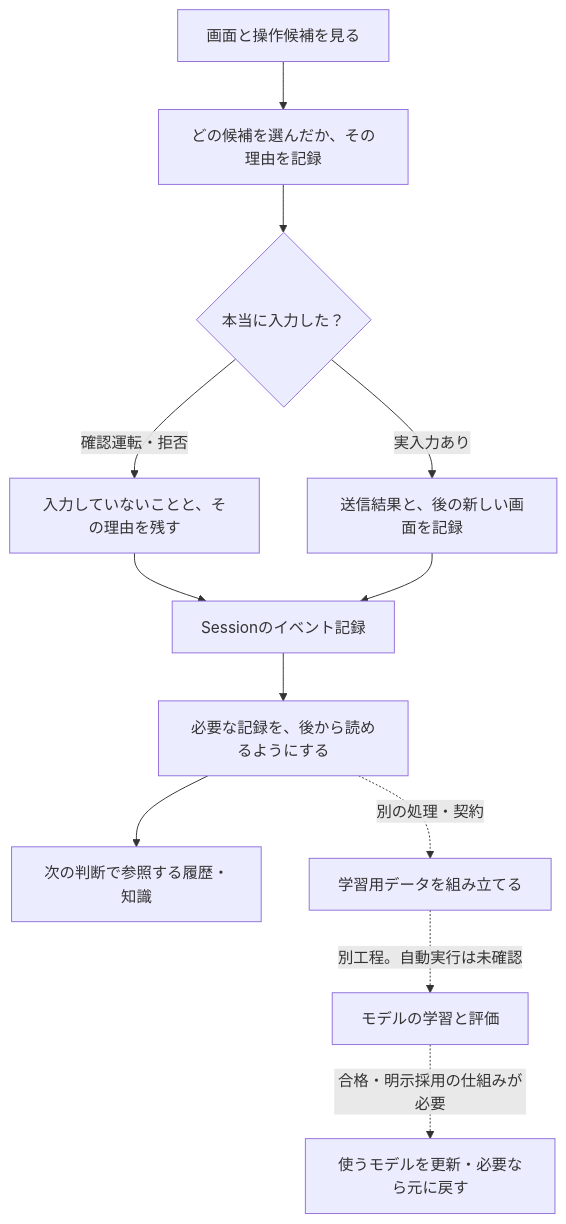
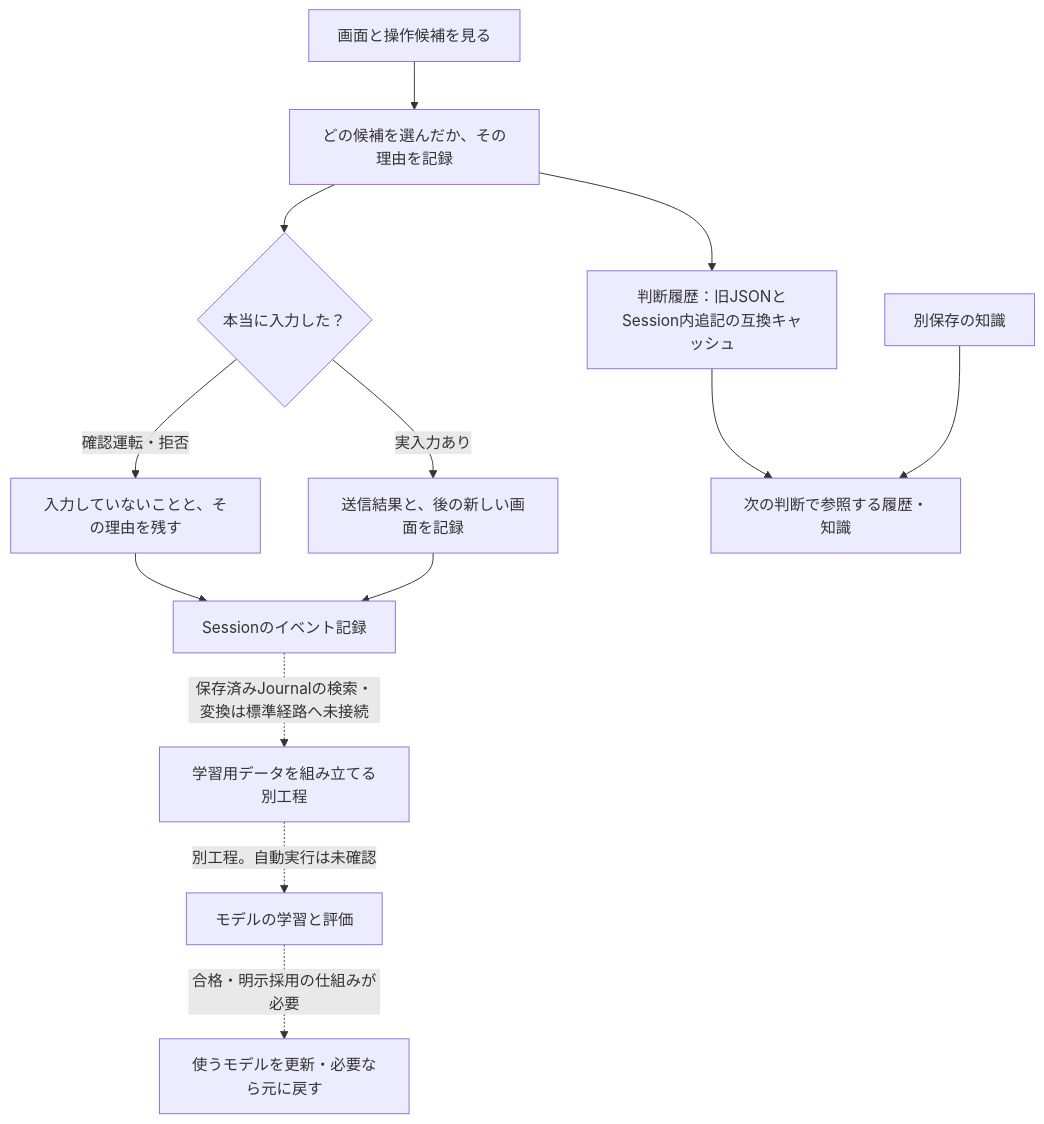
Before and after one commit to tomiya7688/AI_game_player: the first of 2 diagrams in doc/guide/records_learning.md, drawn with Mermaid. The commit also changed other lines of this file, not shown here.

````diff
--- a/doc/guide/records_learning.md
+++ b/doc/guide/records_learning.md
@@ -11,14 +11,15 @@
 ```mermaid
 flowchart TD
     A["画面と操作候補を見る"] --> B["どの候補を選んだか、その理由を記録"]
     B --> C{"本当に入力した？"}
     C -->|確認運転・拒否| D["入力していないことと、その理由を残す"]
     C -->|実入力あり| E["送信結果と、後の新しい画面を記録"]
     D --> J["Sessionのイベント記録"]
     E --> J
-    J --> K["必要な記録を、後から読めるようにする"]
-    K --> L["次の判断で参照する履歴・知識"]
-    K -.->|別の処理・契約| M["学習用データを組み立てる"]
+    B --> H["判断履歴：旧JSONとSession内追記の互換キャッシュ"]
+    H --> L["次の判断で参照する履歴・知識"]
+    K["別保存の知識"] --> L
+    J -.->|保存済みJournalの検索・変換は標準経路へ未接続| M["学習用データを組み立てる別工程"]
     M -.->|別工程。自動実行は未確認| N["モデルの学習と評価"]
     N -.->|合格・明示採用の仕組みが必要| O["使うモデルを更新・必要なら元に戻す"]
 ```
````
